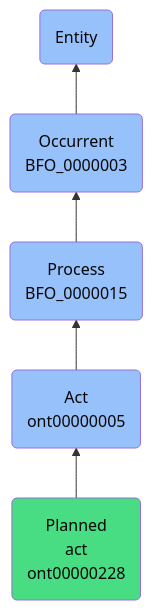
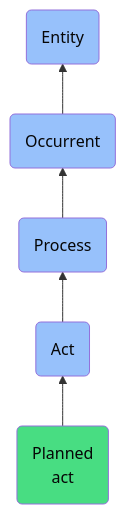
Before and after one commit to jupyter-naas/abi: the diagram in docs/ontology/reference/model/Entity/Occurrent/Process/Act/Planned act/Planned act.md, drawn with Mermaid. The commit also changed other lines of this file and 1430 other files, not shown here.

````diff
--- a/docs/ontology/reference/model/Entity/Occurrent/Process/Act/Planned act/Planned act.md
+++ b/docs/ontology/reference/model/Entity/Occurrent/Process/Act/Planned act/Planned act.md
@@ -24,12 +24,12 @@
 ```mermaid
 graph BT
-    ont00000228(Planned<br>act<br>ont00000228):::ABI-->ont00000005
-    ont00000005(Act<br>ont00000005):::BFO-->BFO_0000015
-    BFO_0000015(Process<br>BFO_0000015):::BFO-->BFO_0000003
-    BFO_0000003(Occurrent<br>BFO_0000003):::BFO-->BFO_0000001
+    ont00000228(Planned<br>act):::ABI-->ont00000005
+    ont00000005(Act):::BFO-->BFO_0000015
+    BFO_0000015(Process):::BFO-->BFO_0000003
+    BFO_0000003(Occurrent):::BFO-->BFO_0000001
     BFO_0000001(Entity):::BFO
     
     classDef BFO fill:#97c1fb,color:#060606
     classDef CCO fill:#e4c51e,color:#060606
     classDef ABI fill:#48DD82,color:#060606
 ```
````
